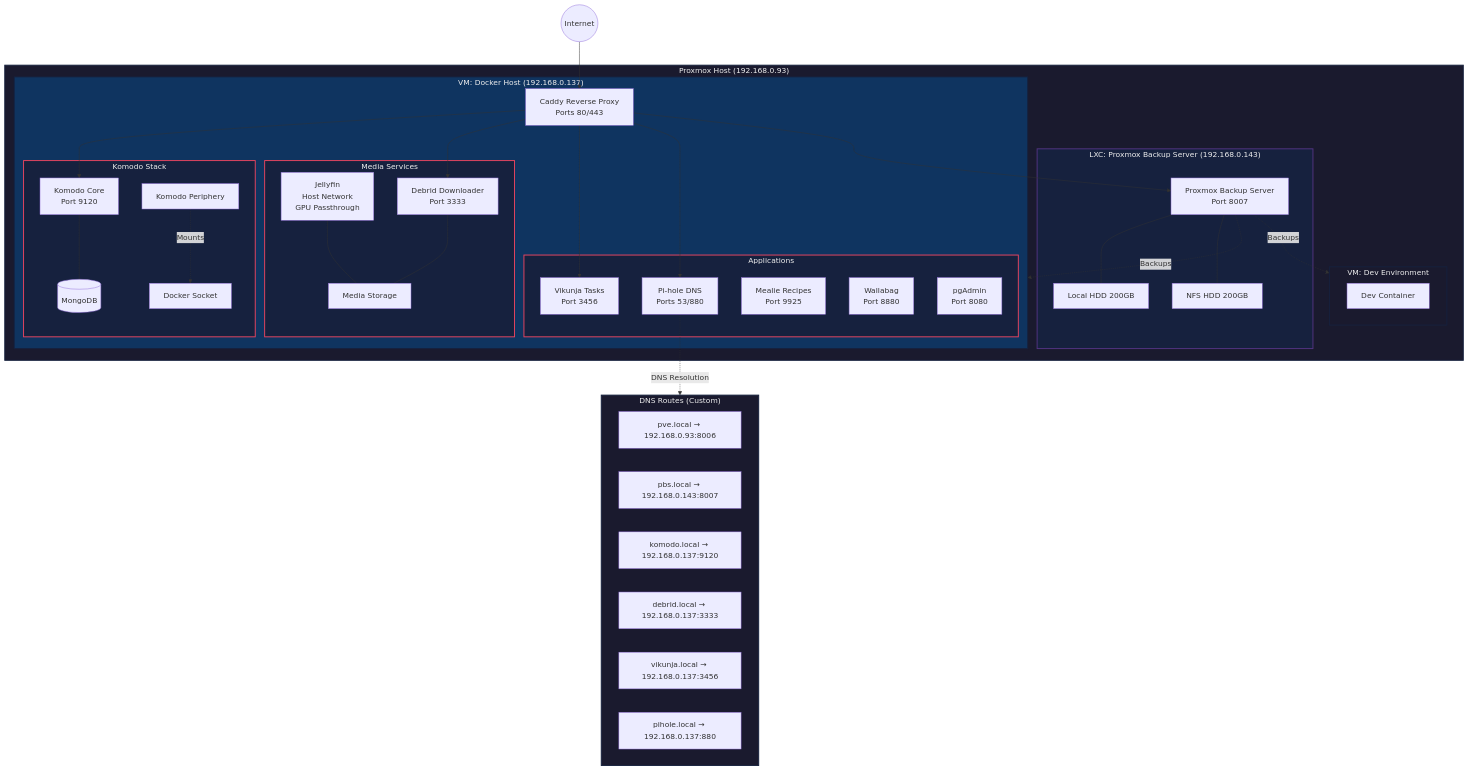
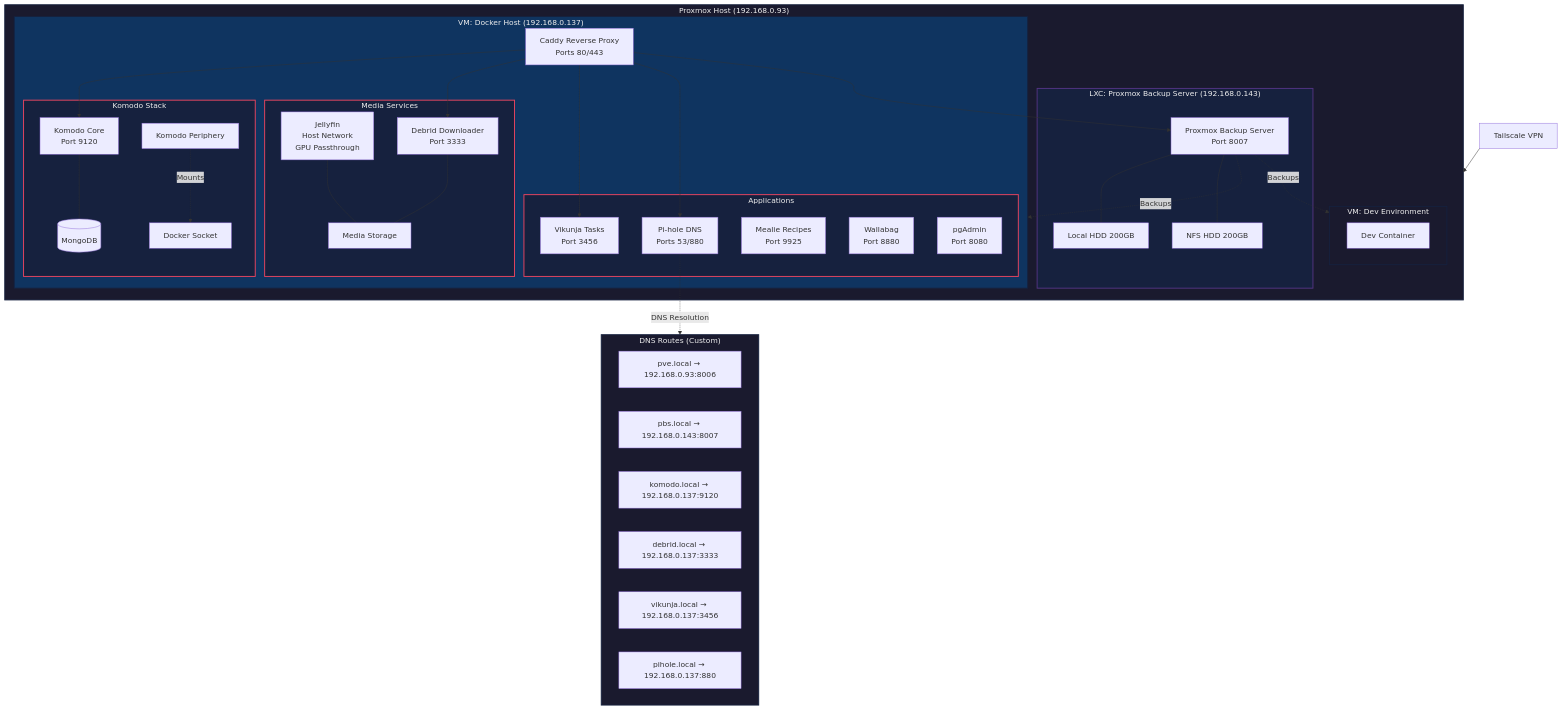
Before and after one commit to alexjbarnes/HomeLab: the diagram in infrastructure.md, drawn with Mermaid. The commit also changed other lines of this file, not shown here.

Commit message:
Replace internet access with Tailscale VPN in diagram

````diff
--- a/infrastructure.md
+++ b/infrastructure.md
@@ -3,76 +3,76 @@
 ```mermaid
 graph TB
     subgraph Proxmox["Proxmox Host (192.168.0.93)"]
         subgraph PBS_LXC["LXC: Proxmox Backup Server (192.168.0.143)"]
             PBS[Proxmox Backup Server<br/>Port 8007]
             PBS_Storage1[Local HDD 200GB]
             PBS_Storage2[NFS HDD 200GB]
             PBS --- PBS_Storage1
             PBS --- PBS_Storage2
         end
         
         subgraph Docker_VM["VM: Docker Host (192.168.0.137)"]
             Caddy[Caddy Reverse Proxy<br/>Ports 80/443]
             
             subgraph Komodo_Stack["Komodo Stack"]
                 Mongo[(MongoDB)]
                 Komodo_Core[Komodo Core<br/>Port 9120]
                 Komodo_Periphery[Komodo Periphery]
                 Docker_Socket[Docker Socket]
                 Komodo_Core --- Mongo
                 Komodo_Periphery -.Mounts.-> Docker_Socket
             end
             
             subgraph Media_Stack["Media Services"]
                 Jellyfin[Jellyfin<br/>Host Network<br/>GPU Passthrough]
                 Debrid[Debrid Downloader<br/>Port 3333]
                 Media_Storage[Media Storage]
                 Jellyfin --- Media_Storage
                 Debrid --- Media_Storage
             end
             
             subgraph Apps["Applications"]
                 PiHole[Pi-hole DNS<br/>Ports 53/880]
                 Vikunja[Vikunja Tasks<br/>Port 3456]
                 Mealie[Mealie Recipes<br/>Port 9925]
                 Wallabag[Wallabag<br/>Port 8880]
                 PgAdmin[pgAdmin<br/>Port 8080]
             end
             
             Caddy --> Komodo_Core
             Caddy --> Debrid
             Caddy --> Vikunja
             Caddy --> PiHole
             Caddy --> PBS
         end
         
         subgraph Dev_VM["VM: Dev Environment"]
             Dev_Container[Dev Container]
         end
     end
     
     PBS -.Backups.-> Docker_VM
     PBS -.Backups.-> Dev_VM
     
-    Internet((Internet)) --> Caddy
+    Tailscale[Tailscale VPN] --> Proxmox
     
     subgraph DNS_Routes["DNS Routes (Custom)"]
         DNS1[pve.local → 192.168.0.93:8006]
         DNS2[pbs.local → 192.168.0.143:8007]
         DNS3[komodo.local → 192.168.0.137:9120]
         DNS4[debrid.local → 192.168.0.137:3333]
         DNS5[vikunja.local → 192.168.0.137:3456]
         DNS6[pihole.local → 192.168.0.137:880]
     end
     
     PiHole -.DNS Resolution.-> DNS_Routes
     
     style Proxmox fill:#1a1a2e,stroke:#16213e,stroke-width:2px,color:#eee
     style Docker_VM fill:#0f3460,stroke:#16213e,stroke-width:2px,color:#eee
     style PBS_LXC fill:#16213e,stroke:#533483,stroke-width:2px,color:#eee
     style Dev_VM fill:#1a1a2e,stroke:#16213e,stroke-width:2px,color:#eee
     style Komodo_Stack fill:#16213e,stroke:#e94560,stroke-width:2px,color:#eee
     style Media_Stack fill:#16213e,stroke:#e94560,stroke-width:2px,color:#eee
     style Apps fill:#16213e,stroke:#e94560,stroke-width:2px,color:#eee
     style DNS_Routes fill:#1a1a2e,stroke:#16213e,stroke-width:2px,color:#eee
 ```
````
